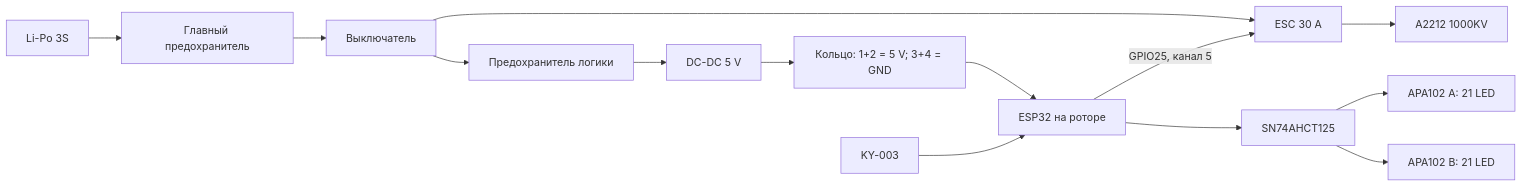
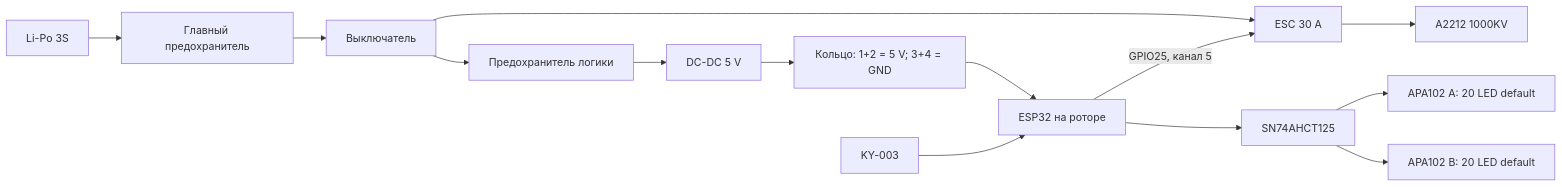
Before and after one commit to vuach/pov-display: the diagram in docs/architecture-and-wiring.md, drawn with Mermaid. The commit also changed 6 other files, not shown here.

````diff
--- a/docs/architecture-and-wiring.md
+++ b/docs/architecture-and-wiring.md
@@ -7,16 +7,16 @@
 ```mermaid
 flowchart LR
   BAT[Li-Po 3S] --> F1[Главный предохранитель]
   F1 --> SW[Выключатель]
   SW --> ESC[ESC 30 A]
   ESC --> M[A2212 1000KV]
   SW --> F2[Предохранитель логики]
   F2 --> BUCK[DC-DC 5 V]
   BUCK --> SR[Кольцо: 1+2 = 5 V; 3+4 = GND]
   SR --> ESP[ESP32 на роторе]
   ESP --> BUF[SN74AHCT125]
-  BUF --> A[APA102 A: 21 LED]
-  BUF --> B[APA102 B: 21 LED]
+  BUF --> A[APA102 A: 20 LED default]
+  BUF --> B[APA102 B: 20 LED default]
   H[KY-003] --> ESP
   ESP -->|GPIO25, канал 5| ESC
 ```
````
